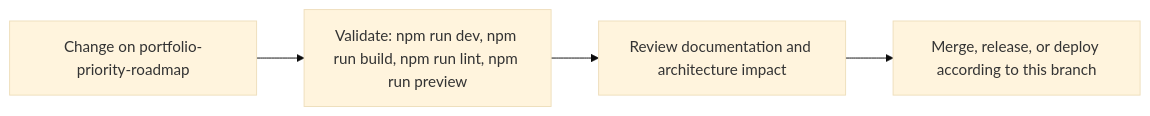
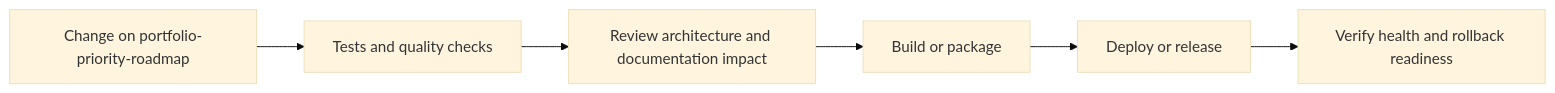
One commit to Nischhalsubba/Reeja-Maharjan-Website-2026 changed the fourth of 5 diagrams in README.md. Above: the diagram before and after it, drawn with Mermaid (base theme). The commit also changed other lines of this file, not shown here.

````diff
--- a/README.md
+++ b/README.md
@@ -70,8 +147,8 @@
 ```mermaid
 flowchart LR
-    CHANGE["Change on portfolio-priority-roadmap"]
-    CHECK["Validate: npm run dev, npm run build, npm run lint, npm run preview"]
-    REVIEW["Review documentation and architecture impact"]
-    RELEASE["Merge, release, or deploy according to this branch"]
-    CHANGE --> CHECK --> REVIEW --> RELEASE
+    CHANGE["Change on portfolio-priority-roadmap"] --> CHECK["Tests and quality checks"]
+    CHECK --> REVIEW["Review architecture and documentation impact"]
+    REVIEW --> BUILD["Build or package"]
+    BUILD --> DEPLOY["Deploy or release"]
+    DEPLOY --> VERIFY["Verify health and rollback readiness"]
 ```
````
